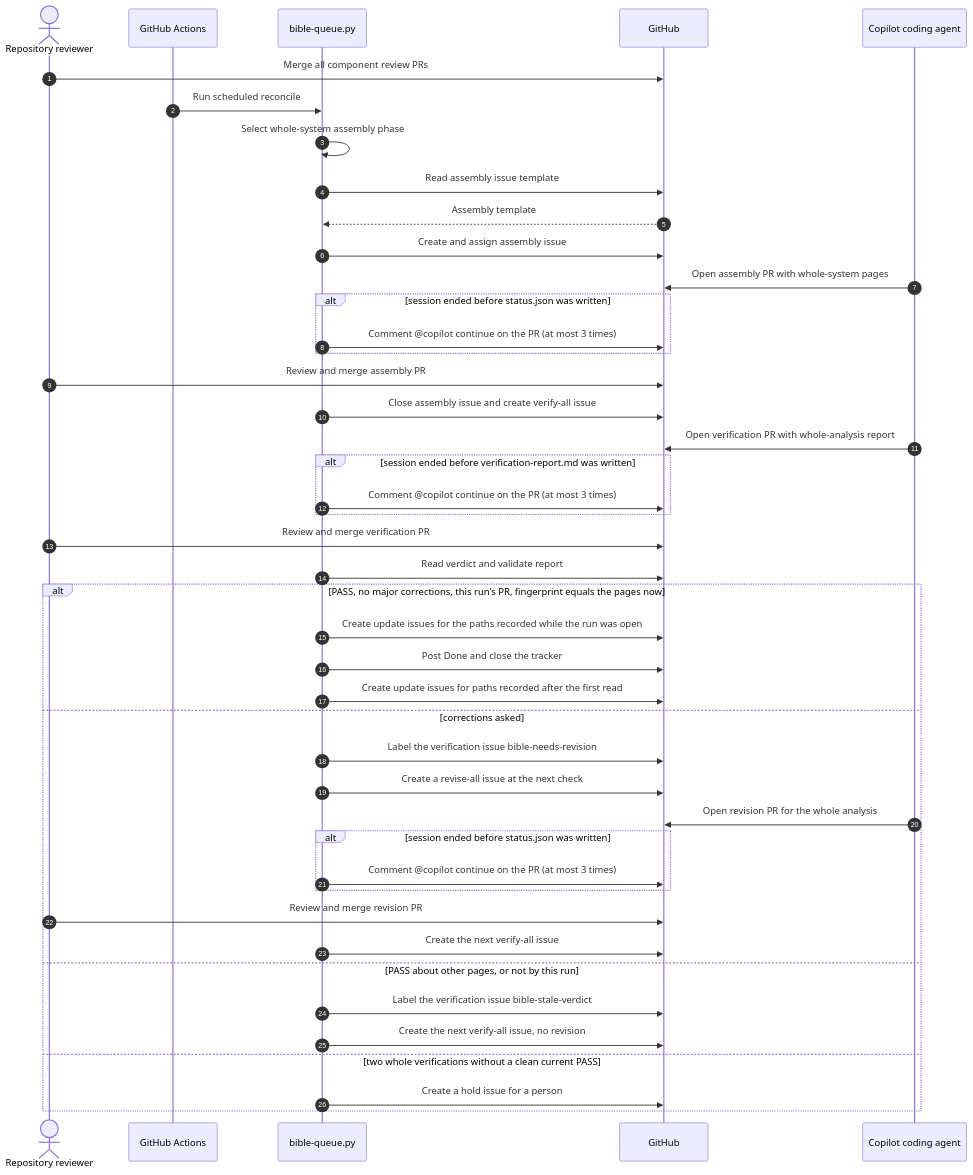
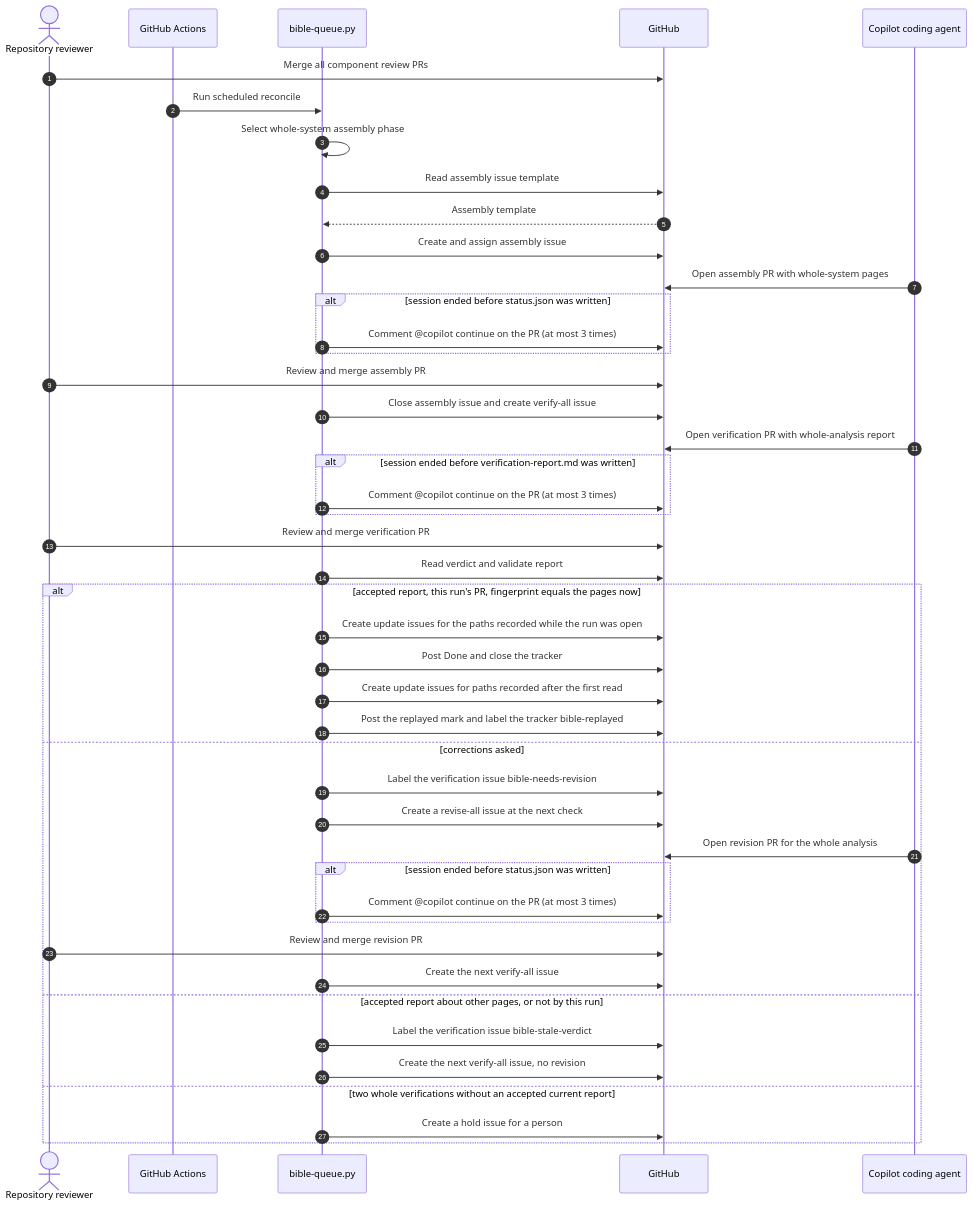
Before and after one commit to vishalc412/bible-mode-b-test: the fourth of 10 diagrams in codebase-analysis/hld/05-key-flows.md, drawn with Mermaid. The commit also changed other lines of this file and 39 other files, not shown here.

````diff
--- a/codebase-analysis/hld/05-key-flows.md
+++ b/codebase-analysis/hld/05-key-flows.md
@@ -182,46 +182,47 @@
 ```mermaid
 sequenceDiagram
   autonumber
   actor Reviewer as Repository reviewer
   participant Actions as GitHub Actions
   participant Queue as bible-queue.py
   participant API as GitHub
   participant Agent as Copilot coding agent
   Reviewer->>API: Merge all component review PRs
   Actions->>Queue: Run scheduled reconcile
   Queue->>Queue: Select whole-system assembly phase
   Queue->>API: Read assembly issue template
   API-->>Queue: Assembly template
   Queue->>API: Create and assign assembly issue
   Agent->>API: Open assembly PR with whole-system pages
   alt session ended before status.json was written
     Queue->>API: Comment @copilot continue on the PR (at most 3 times)
   end
   Reviewer->>API: Review and merge assembly PR
   Queue->>API: Close assembly issue and create verify-all issue
   Agent->>API: Open verification PR with whole-analysis report
   alt session ended before verification-report.md was written
     Queue->>API: Comment @copilot continue on the PR (at most 3 times)
   end
   Reviewer->>API: Review and merge verification PR
   Queue->>API: Read verdict and validate report
-  alt PASS, no major corrections, this run's PR, fingerprint equals the pages now
+  alt accepted report, this run's PR, fingerprint equals the pages now
     Queue->>API: Create update issues for the paths recorded while the run was open
     Queue->>API: Post Done and close the tracker
     Queue->>API: Create update issues for paths recorded after the first read
+    Queue->>API: Post the replayed mark and label the tracker bible-replayed
   else corrections asked
     Queue->>API: Label the verification issue bible-needs-revision
     Queue->>API: Create a revise-all issue at the next check
     Agent->>API: Open revision PR for the whole analysis
     alt session ended before status.json was written
       Queue->>API: Comment @copilot continue on the PR (at most 3 times)
     end
     Reviewer->>API: Review and merge revision PR
     Queue->>API: Create the next verify-all issue
-  else PASS about other pages, or not by this run
+  else accepted report about other pages, or not by this run
     Queue->>API: Label the verification issue bible-stale-verdict
     Queue->>API: Create the next verify-all issue, no revision
-  else two whole verifications without a clean current PASS
+  else two whole verifications without an accepted current report
     Queue->>API: Create a hold issue for a person
   end
 ```
````
